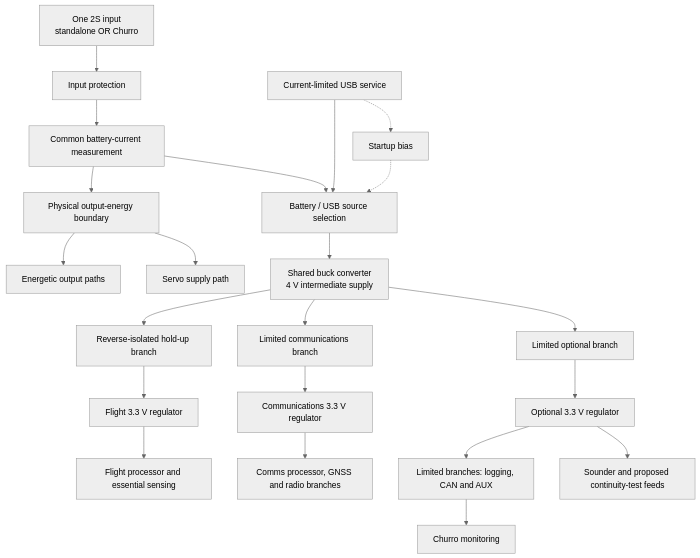
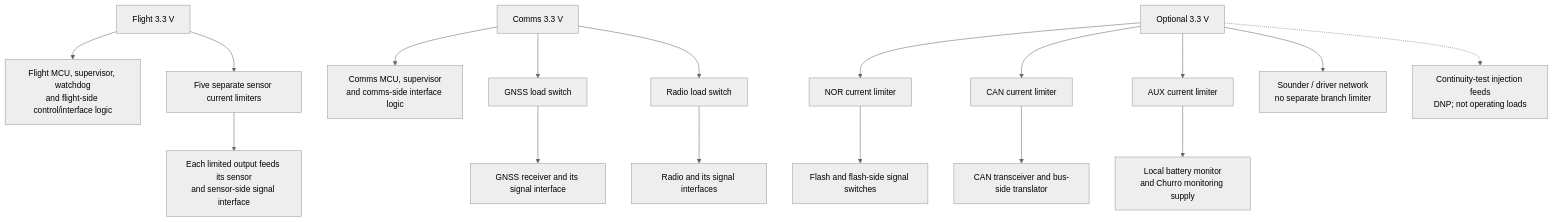
One commit to ULAS-HiPR/Ogma2 changed the third of 3 diagrams in docs/architecture/02-power.md. Above: the diagram before and after it, drawn with Mermaid (neutral theme). The commit also changed other lines of this file and 19 other files, not shown here.

Commit message:
Integrate architecture review findings and next-pass investigations

````diff
--- a/docs/architecture/02-power.md
+++ b/docs/architecture/02-power.md
@@ -13,24 +90,19 @@
 ```mermaid
 flowchart TD
-  B["One 2S input<br/>standalone OR Churro"] --> P["Input protection"]
-  P --> M["Common battery-current measurement"]
-  M --> E["Physical output-energy boundary"]
-  E --> Y["Energetic output paths"]
-  E --> S["Servo supply path"]
-  M --> X["Battery / USB source selection"]
-  U["Current-limited USB service"] --> X
-  X --> K["Shared buck converter<br/>4 V intermediate supply"]
-  K --> H["Reverse-isolated hold-up branch"]
-  H --> F["Flight 3.3 V regulator"]
-  F --> FL["Flight processor and essential sensing"]
-  K --> C["Limited communications branch"]
-  C --> CR["Communications 3.3 V regulator"]
-  CR --> CL["Comms processor, GNSS and radio branches"]
-  K --> O["Limited optional branch"]
-  O --> OR["Optional 3.3 V regulator"]
-  OR --> OL["Limited branches: logging, CAN and AUX"]
-  OR --> DI["Sounder and proposed continuity-test feeds"]
-  OL --> CM["Churro monitoring"]
-  U -.-> BB["Startup bias"]
-  BB -.-> X
+  F["Flight 3.3 V"] --> FM["Flight MCU, supervisor, watchdog<br/>and flight-side control/interface logic"]
+  F --> SL["Five separate sensor current limiters"]
+  SL --> SS["Each limited output feeds its sensor<br/>and sensor-side signal interface"]
+  C["Comms 3.3 V"] --> CM["Comms MCU, supervisor<br/>and comms-side interface logic"]
+  C --> GS["GNSS load switch"]
+  GS --> GN["GNSS receiver and its signal interface"]
+  C --> RS["Radio load switch"]
+  RS --> RA["Radio and its signal interfaces"]
+  O["Optional 3.3 V"] --> NL["NOR current limiter"]
+  NL --> NOR["Flash and flash-side signal switches"]
+  O --> CAL["CAN current limiter"]
+  CAL --> CAN["CAN transceiver and bus-side translator"]
+  O --> AL["AUX current limiter"]
+  AL --> AUX["Local battery monitor<br/>and Churro monitoring supply"]
+  O --> BZ["Sounder / driver network<br/>no separate branch limiter"]
+  O -.-> CO["Continuity-test injection feeds<br/>DNP; not operating loads"]
 ```
````
